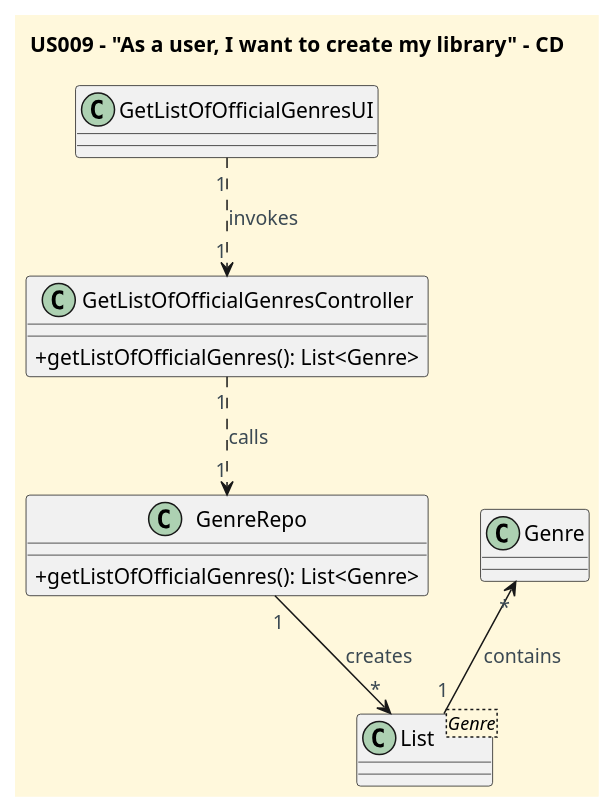
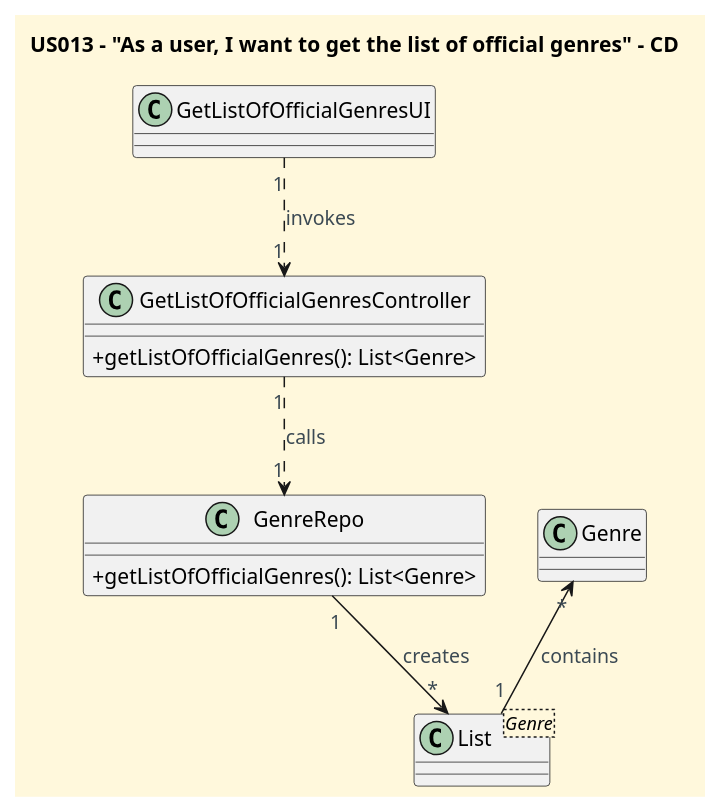
One commit to CarolinaLeite-collab/JavaMarketplacePlatform changed the diagram in docs/userStories/US013/US013_get_list_of_official_genres_CD.puml. Above: the diagram before and after it, drawn with PlantUML. The commit also changed 2 other files, not shown here.

Commit message:
#187, #188 - fixed a typo in the diagrams titles

```diff
--- a/docs/userStories/US013/US013_get_list_of_official_genres_CD.puml
+++ b/docs/userStories/US013/US013_get_list_of_official_genres_CD.puml
@@ -1,46 +1,46 @@
 @startuml
 'https://plantuml.com/class-diagram
-title US009 – "As a user, I want to create my library" - CD
+title US013 – "As a user, I want to get the list of official genres" - CD
 
 
 '==== basic style ====
 skinparam monochrome false
 skinparam shadowing false
 skinparam defaultFontName Futura
 skinparam objectFontSize 20
 skinparam backgroundColor CornSilk
 skinparam objectBackgroundColor WhiteSmoke
 skinparam noteBackgroundColor #FFFFE0
 skinparam ArrowFontColor #3B4953
 skinparam ActivationBackgroundColor black
 skinparam classAttributeIconSize 0
 
 class GetListOfOfficialGenresUI {
 }
 
 class GetListOfOfficialGenresController {
 
 +getListOfOfficialGenres(): List<Genre>
 
 }
 
 class GenreRepo {
 
 +getListOfOfficialGenres(): List<Genre>
 
 }
 
 class List<Genre> {
 
 }
 
 Class Genre {
 
 }
 
 GetListOfOfficialGenresUI "1" ..> "1" GetListOfOfficialGenresController : invokes
 GetListOfOfficialGenresController "1" ..> "1" GenreRepo : calls
 GenreRepo "1" --> "*" List: creates
 Genre "*" <-- "1" List: contains
 
 @enduml
```
